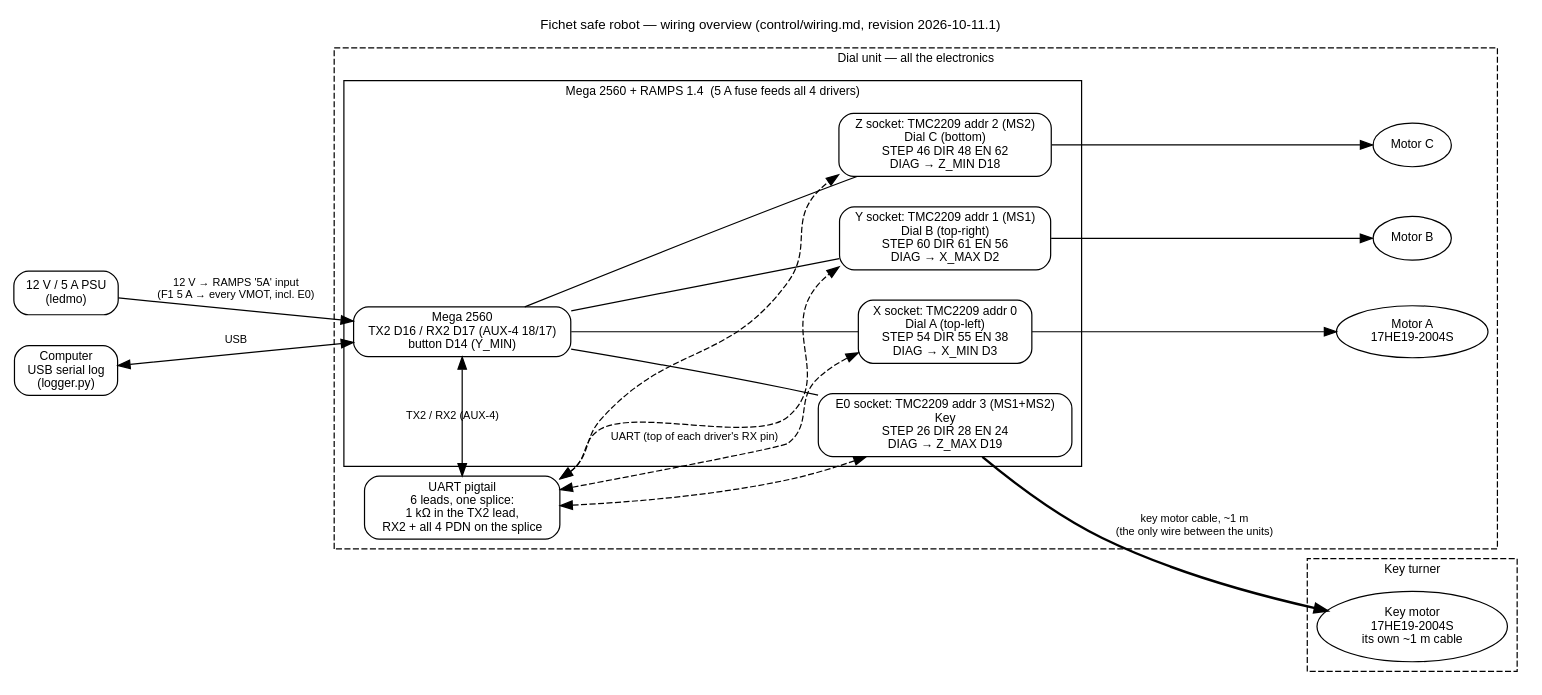
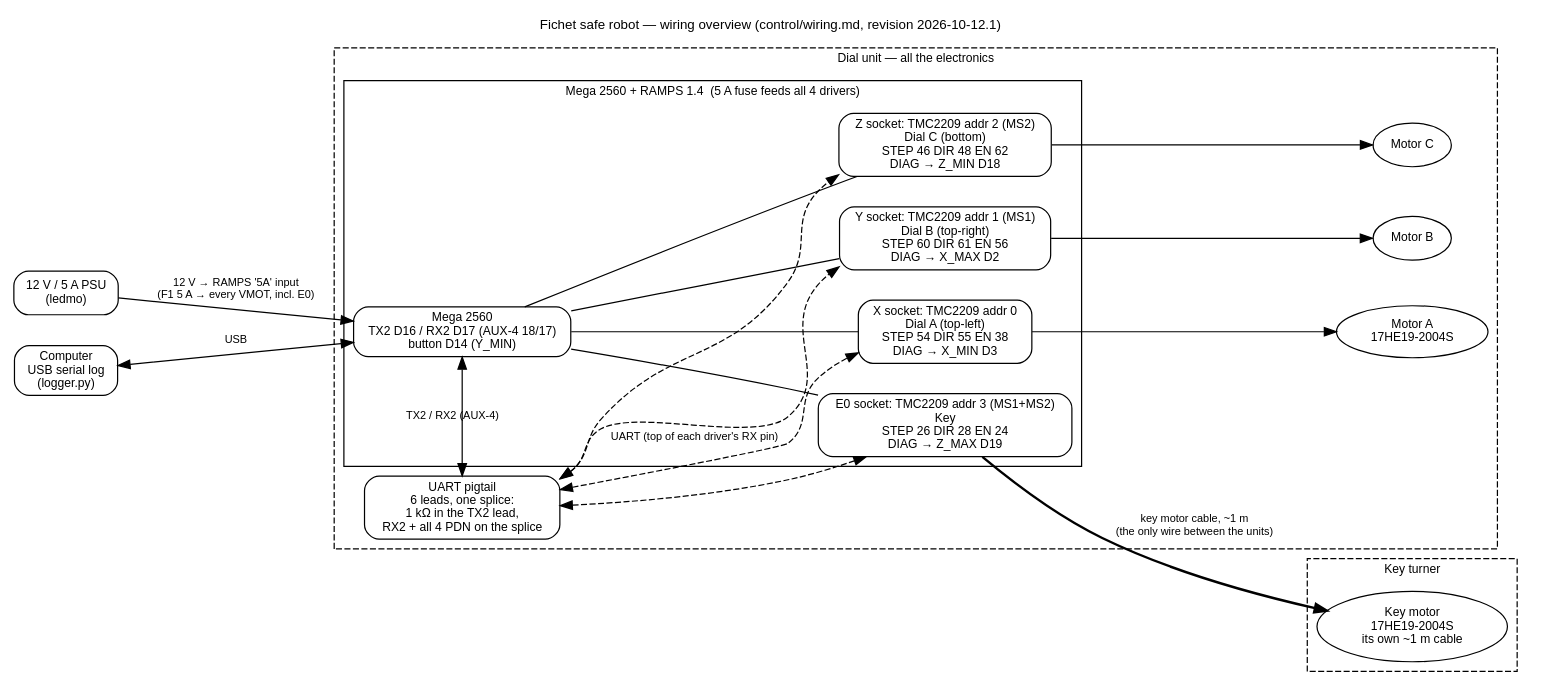
One commit to paulforrester/fichet-safe-robot changed the diagram in control/harness/overview.dot. Above: the diagram before and after it, drawn with Graphviz. The commit also changed 35 other files, not shown here.

```diff
--- a/control/harness/overview.dot
+++ b/control/harness/overview.dot
@@ -1,43 +1,43 @@
 // System overview for the Fichet safe robot wiring — see control/wiring.md.
 // Render: dot -Tsvg control/harness/overview.dot -o control/harness/overview.svg
 // Project revision 2026-10-08.2: all four drivers on the RAMPS (key in E0); UART pigtail replaces the hub board.
 digraph overview {
-  graph [rankdir=LR, fontname="Helvetica", fontsize=11, nodesep=0.35, ranksep=0.7, label="Fichet safe robot — wiring overview (control/wiring.md, revision 2026-10-11.1)", labelloc=t];
+  graph [rankdir=LR, fontname="Helvetica", fontsize=11, nodesep=0.35, ranksep=0.7, label="Fichet safe robot — wiring overview (control/wiring.md, revision 2026-10-12.1)", labelloc=t];
   node  [shape=box, style="rounded", fontname="Helvetica", fontsize=10];
   edge  [fontname="Helvetica", fontsize=9];
 
   psu  [label="12 V / 5 A PSU\n(ledmo)"];
   usb  [label="Computer\nUSB serial log\n(logger.py)"];
 
   subgraph cluster_dial {
     label="Dial unit — all the electronics"; style=dashed; fontsize=10;
     uart [label="UART pigtail\n6 leads, one splice:\n1 kΩ in the TX2 lead,\nRX2 + all 4 PDN on the splice"];
     subgraph cluster_ramps {
       label="Mega 2560 + RAMPS 1.4  (5 A fuse feeds all 4 drivers)"; style=solid; fontsize=10;
       mega [label="Mega 2560\nTX2 D16 / RX2 D17 (AUX-4 18/17)\nbutton D14 (Y_MIN)"];
       x    [label="X socket: TMC2209 addr 0\nDial A (top-left)\nSTEP 54 DIR 55 EN 38\nDIAG → X_MIN D3"];
       y    [label="Y socket: TMC2209 addr 1 (MS1)\nDial B (top-right)\nSTEP 60 DIR 61 EN 56\nDIAG → X_MAX D2"];
       z    [label="Z socket: TMC2209 addr 2 (MS2)\nDial C (bottom)\nSTEP 46 DIR 48 EN 62\nDIAG → Z_MIN D18"];
       e0   [label="E0 socket: TMC2209 addr 3 (MS1+MS2)\nKey\nSTEP 26 DIR 28 EN 24\nDIAG → Z_MAX D19"];
     }
     ma [label="Motor A\n17HE19-2004S", shape=ellipse];
     mb [label="Motor B", shape=ellipse];
     mc [label="Motor C", shape=ellipse];
   }
 
   subgraph cluster_key {
     label="Key turner"; style=dashed; fontsize=10;
     mk  [label="Key motor\n17HE19-2004S\nits own ~1 m cable", shape=ellipse];
   }
 
   psu -> mega [label="12 V → RAMPS '5A' input\n(F1 5 A → every VMOT, incl. E0)"];
   usb -> mega [dir=both, label="USB"];
   mega -> x [arrowhead=none]; mega -> y [arrowhead=none]; mega -> z [arrowhead=none]; mega -> e0 [arrowhead=none];
   x -> ma; y -> mb; z -> mc;
   e0 -> mk [penwidth=2, label="key motor cable, ~1 m\n(the only wire between the units)"];
   uart -> x [dir=both, style=dashed, label="UART (top of each driver's RX pin)"];
   uart -> y [dir=both, style=dashed];
   uart -> z [dir=both, style=dashed];
   uart -> e0 [dir=both, style=dashed];
   mega -> uart [dir=both, label="TX2 / RX2 (AUX-4)"];
 }
```
